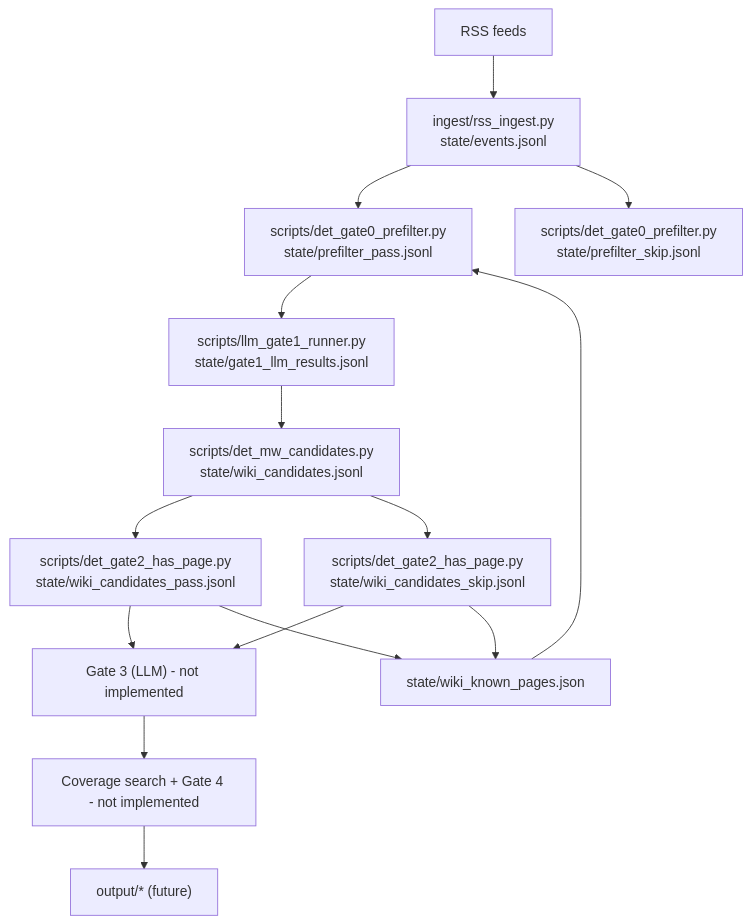
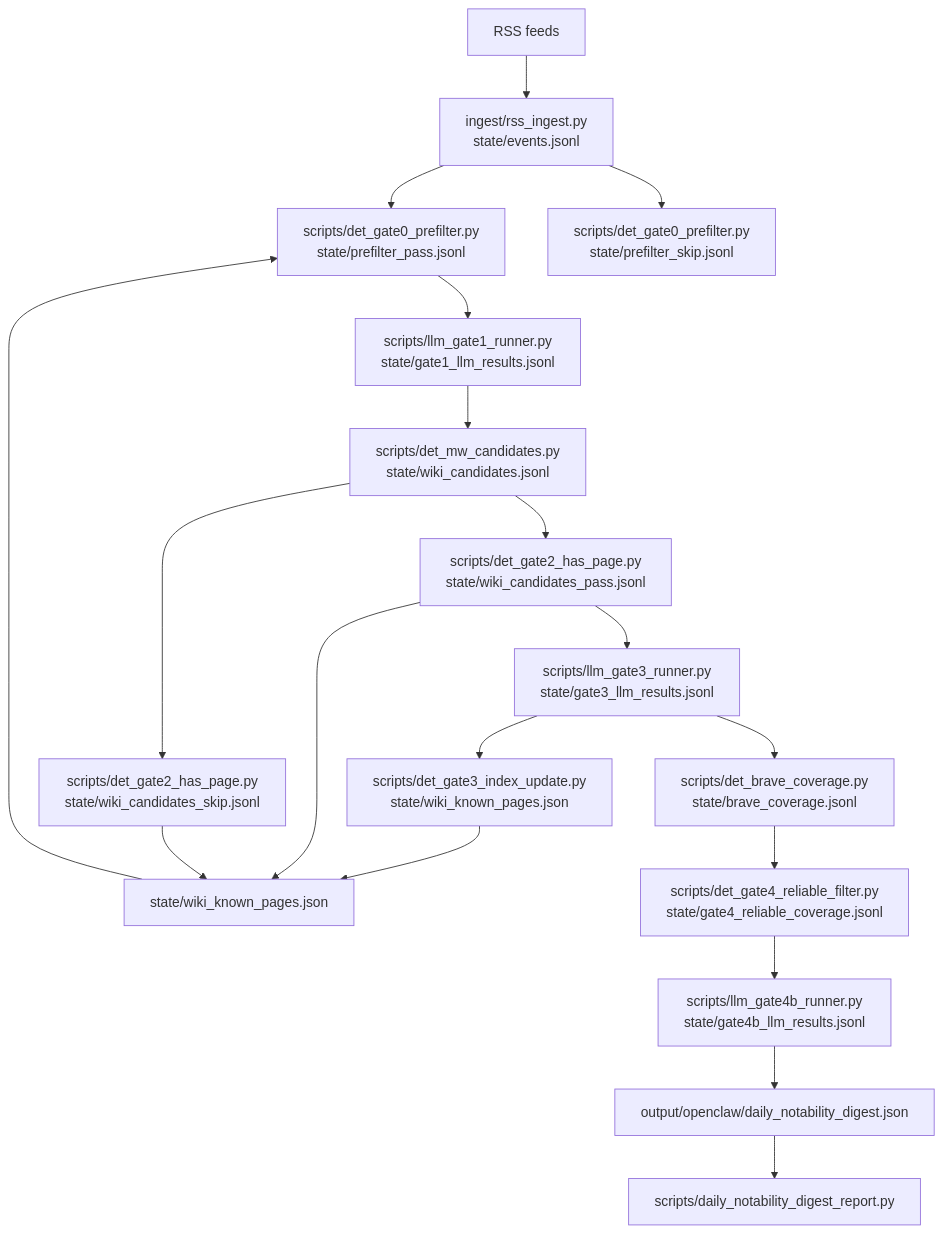
Before and after one commit to jonathandeamer/notable-person-finder: the diagram in docs/data-flow.md, drawn with Mermaid. The commit also changed other lines of this file and 5 other files, not shown here.

````diff
--- a/docs/data-flow.md
+++ b/docs/data-flow.md
@@ -3,17 +3,21 @@
 ```mermaid
 flowchart TD
     A[RSS feeds] --> B["ingest/rss_ingest.py<br/>state/events.jsonl"]
     J["state/wiki_known_pages.json"] --> C
     B --> C["scripts/det_gate0_prefilter.py<br/>state/prefilter_pass.jsonl"]
     B --> D["scripts/det_gate0_prefilter.py<br/>state/prefilter_skip.jsonl"]
     C --> E["scripts/llm_gate1_runner.py<br/>state/gate1_llm_results.jsonl"]
     E --> F["scripts/det_mw_candidates.py<br/>state/wiki_candidates.jsonl"]
     F --> G["scripts/det_gate2_has_page.py<br/>state/wiki_candidates_pass.jsonl"]
     F --> K["scripts/det_gate2_has_page.py<br/>state/wiki_candidates_skip.jsonl"]
-    G --> L["Gate 3 (LLM) - not implemented"]
-    K --> L
+    G --> M["scripts/llm_gate3_runner.py<br/>state/gate3_llm_results.jsonl"]
+    M --> N["scripts/det_gate3_index_update.py<br/>state/wiki_known_pages.json"]
+    N --> J
     G --> J
     K --> J
-    L --> H["Coverage search + Gate 4 - not implemented"]
-    H --> I["output/* (future)"]
+    M --> O["scripts/det_brave_coverage.py<br/>state/brave_coverage.jsonl"]
+    O --> P["scripts/det_gate4_reliable_filter.py<br/>state/gate4_reliable_coverage.jsonl"]
+    P --> Q["scripts/llm_gate4b_runner.py<br/>state/gate4b_llm_results.jsonl"]
+    Q --> R["output/openclaw/daily_notability_digest.json"]
+    R --> S["scripts/daily_notability_digest_report.py"]
 ```
````
